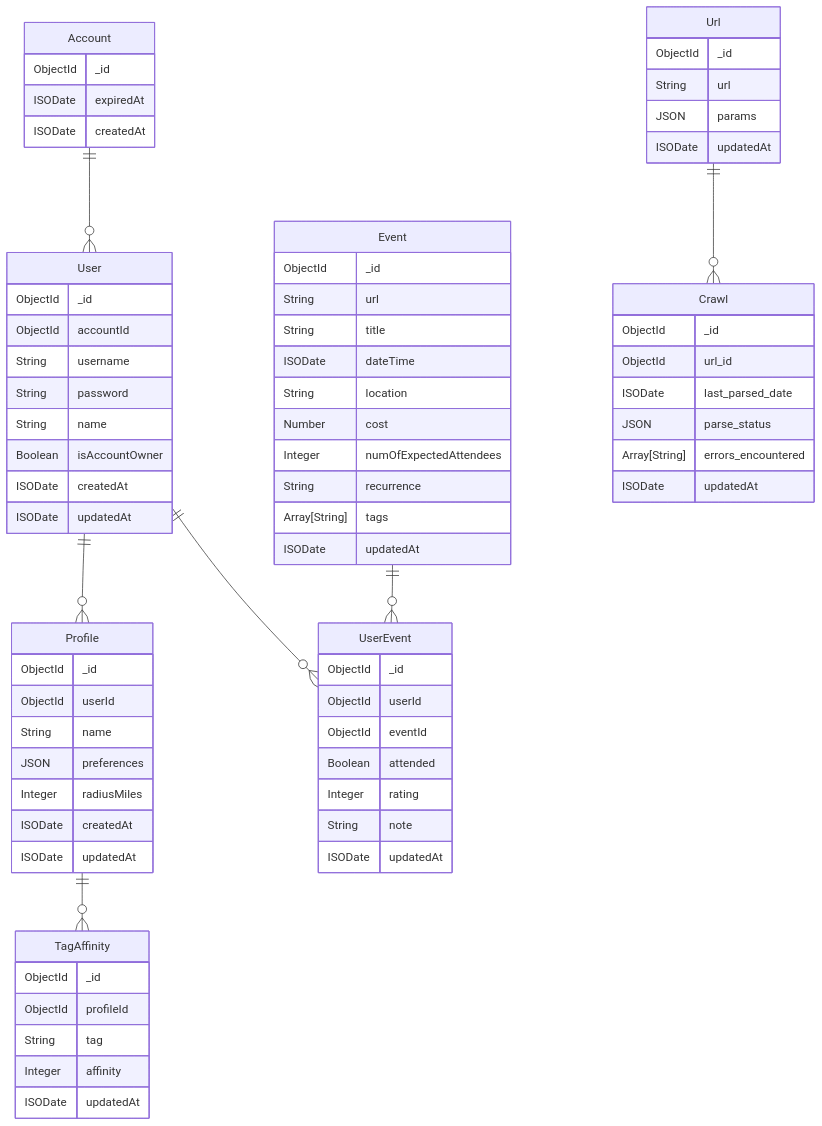
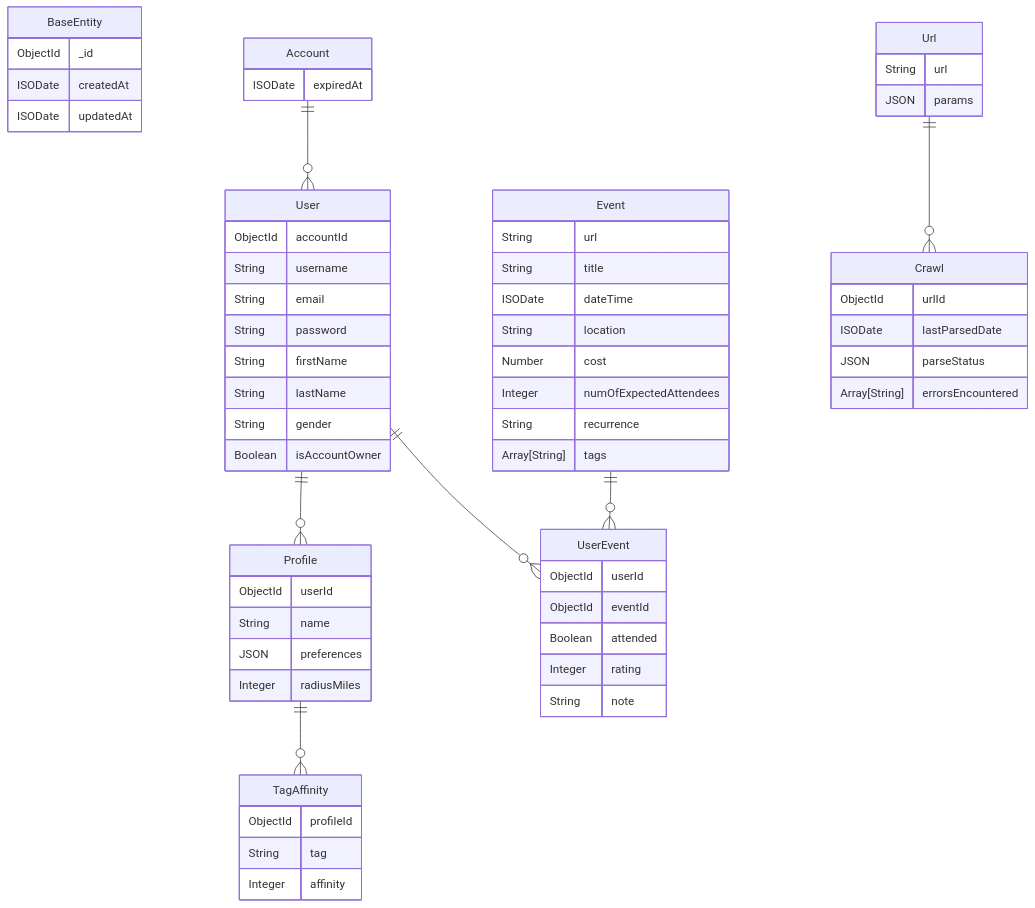
The diagram in schema.mmd (fptmark/events), drawn with Mermaid before and after one commit. The commit also changed 12 other files, not shown here.

Commit message:
leverage base class (id, createdAt, updatedAt)

```diff
--- a/schema.mmd
+++ b/schema.mmd
@@ -1,139 +1,127 @@
 erDiagram
-    Account {
+    BaseEntity {
         ObjectId _id
-        ISODate expiredAt
-        ISODate createdAt
-    }
-    %% @validation Account
-    %% _id: { type: ObjectId, required: true }
-    %% expiredAt: { type: ISODate, required: false }
-    %% createdAt: { type: ISODate, required: true }
-
-    User {
-        ObjectId _id
-        ObjectId accountId
-        String username
-        String password
-        String name
-        Boolean isAccountOwner
         ISODate createdAt
         ISODate updatedAt
     }
+    %% @validation BaseEntity
+    %% _id { type ObjectId, required true, autoGenerate true }
+    %% createdAt { type ISODate, required true, autoGenerate true }
+    %% updatedAt { type ISODate, required true, autoUpdate true }
+
+    Account {
+        ISODate expiredAt
+    }
+    %% @inherits BaseEntity
+    %% @validation Account
+    %% expiredAt: { type: ISODate, required: false }
+
+    User {
+        ObjectId accountId
+        String username
+        String email
+        String password
+        String firstName
+        String lastName
+        String gender
+        Boolean isAccountOwner
+    }
+    %% @inherits BaseEntity
     %% @validation User
-    %% _id: { type: ObjectId, required: true }
     %% accountId: { type: ObjectId, required: true }
     %% username: { type: String, required: true, minLength: 3, maxLength: 50 }
+    %% email { type String, required true, minLength 8, maxLength 50, pattern ^[a-zA-Z0-9._%-]+@[a-zA-Z0-9.-]+\.[a-zA-Z]{2,}$ }
     %% password: { type: String, required: true, minLength: 8 }
-    %% name: { type: String, required: false, maxLength: 100 }
+    %% firstName: { type: String, required: true, maxLength: 100 }
+    %% lastName: { type: String, required: true, maxLength: 100 }
+    %% gender { type String, required false, enum [male, female, other] }
     %% isAccountOwner: { type: Boolean, required: true }
-    %% createdAt: { type: ISODate, required: true }
-    %% updatedAt: { type: ISODate, required: true }
 
     Profile {
-        ObjectId _id
         ObjectId userId
         String name
         JSON preferences
         Integer radiusMiles
-        ISODate createdAt
-        ISODate updatedAt
     }
+    %% @inherits BaseEntity
     %% @validation Profile
-    %% _id: { type: ObjectId, required: true }
     %% userId: { type: ObjectId, required: true }
     %% name: { type: String, required: true, maxLength: 100 }
     %% preferences: { type: JSON, required: false }
     %% radiusMiles: { type: Integer, required: false, min: 0 }
-    %% createdAt: { type: ISODate, required: true }
-    %% updatedAt: { type: ISODate, required: true }
 
     TagAffinity {
-        ObjectId _id
         ObjectId profileId
         String tag
         Integer affinity
-        ISODate updatedAt
     }
+    %% @inherits BaseEntity
     %% @validation TagAffinity
-    %% _id: { type: ObjectId, required: true }
     %% profileId: { type: ObjectId, required: true }
     %% tag: { type: String, required: true, maxLength: 50 }
     %% affinity: { type: Integer, required: true, min: -100, max: 100 }
-    %% updatedAt: { type: ISODate, required: true }
 
     Event {
-        ObjectId _id
         String url
         String title
         ISODate dateTime
         String location
         Number cost
         Integer numOfExpectedAttendees
         String recurrence
         Array[String] tags
-        ISODate updatedAt
     }
+    %% @inherits BaseEntity
     %% @validation Event
-    %% _id: { type: ObjectId, required: true }
     %% url: { type: String, required: true, pattern: ^https?://[^\s]+$ }
     %% title: { type: String, required: true, maxLength: 200 }
     %% dateTime: { type: ISODate, required: true }
     %% location: { type: String, required: false, maxLength: 200 }
     %% cost: { type: Number, required: false, min: 0 }
     %% numOfExpectedAttendees: { type: Integer, required: false, min: 0 }
     %% recurrence: { type: String, required: false, enum: [daily, weekly, monthly, yearly] }
     %% tags: { type: Array[String], required: false }
-    %% updatedAt: { type: ISODate, required: true }
 
     UserEvent {
-        ObjectId _id
         ObjectId userId
         ObjectId eventId
         Boolean attended
         Integer rating
         String note
-        ISODate updatedAt
     }
+    %% @inherits BaseEntity
     %% @validation UserEvent
-    %% _id: { type: ObjectId, required: true }
     %% userId: { type: ObjectId, required: true }
     %% eventId: { type: ObjectId, required: true }
     %% attended: { type: Boolean, required: false }
     %% rating: { type: Integer, required: false, min: 1, max: 5 }
     %% note: { type: String, required: false, maxLength: 500 }
-    %% updatedAt: { type: ISODate, required: true }
 
     Url {
-        ObjectId _id
         String url
         JSON params
-        ISODate updatedAt
     }
+    %% @inherits BaseEntity
     %% @validation Url
-    %% _id: { type: ObjectId, required: true }
     %% url: { type: String, required: true, pattern: ^https?://[^\s]+$ }
     %% params: { type: JSON, required: false }
-    %% updatedAt: { type: ISODate, required: true }
 
     Crawl {
-        ObjectId _id
-        ObjectId url_id
-        ISODate last_parsed_date
-        JSON parse_status
-        Array[String] errors_encountered
-        ISODate updatedAt
+        ObjectId urlId
+        ISODate lastParsedDate
+        JSON parseStatus
+        Array[String] errorsEncountered
     }
+    %% @inherits BaseEntity
     %% @validation Crawl
-    %% _id: { type: ObjectId, required: true }
-    %% url_id: { type: ObjectId, required: true }
-    %% last_parsed_date: { type: ISODate, required: false }
-    %% parse_status: { type: JSON, required: false }
-    %% errors_encountered: { type: Array[String], required: false }
-    %% updatedAt: { type: ISODate, required: true }
+    %% urlId: { type: ObjectId, required: true }
+    %% lastParsedDate: { type: ISODate, required: false }
+    %% parseStatus: { type: JSON, required: false }
+    %% errorsEncountered: { type: Array[String], required: false }
 
     Account ||--o{ User: ""
     User ||--o{ Profile: ""
     Profile ||--o{ TagAffinity: ""
     User ||--o{ UserEvent: ""
     Event ||--o{ UserEvent: ""
     Url ||--o{ Crawl: ""
```
